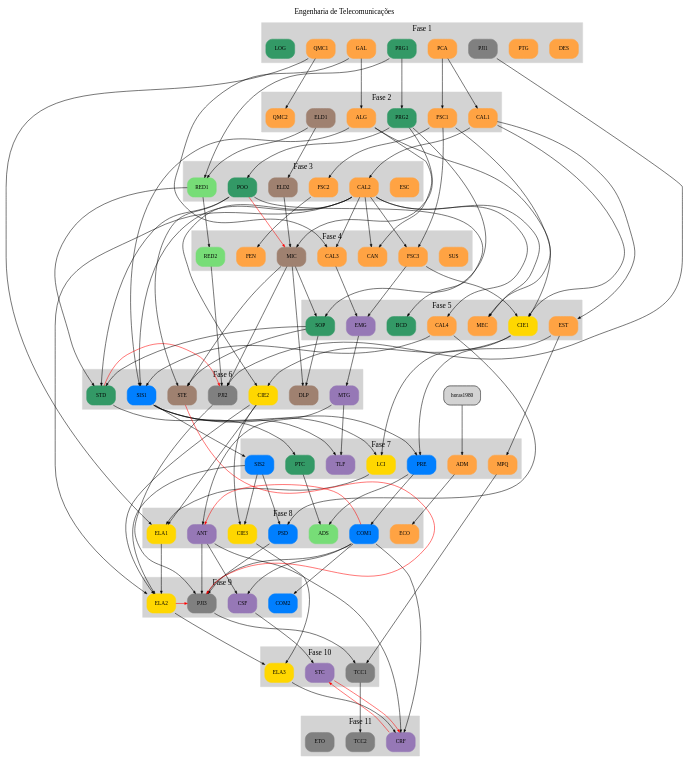
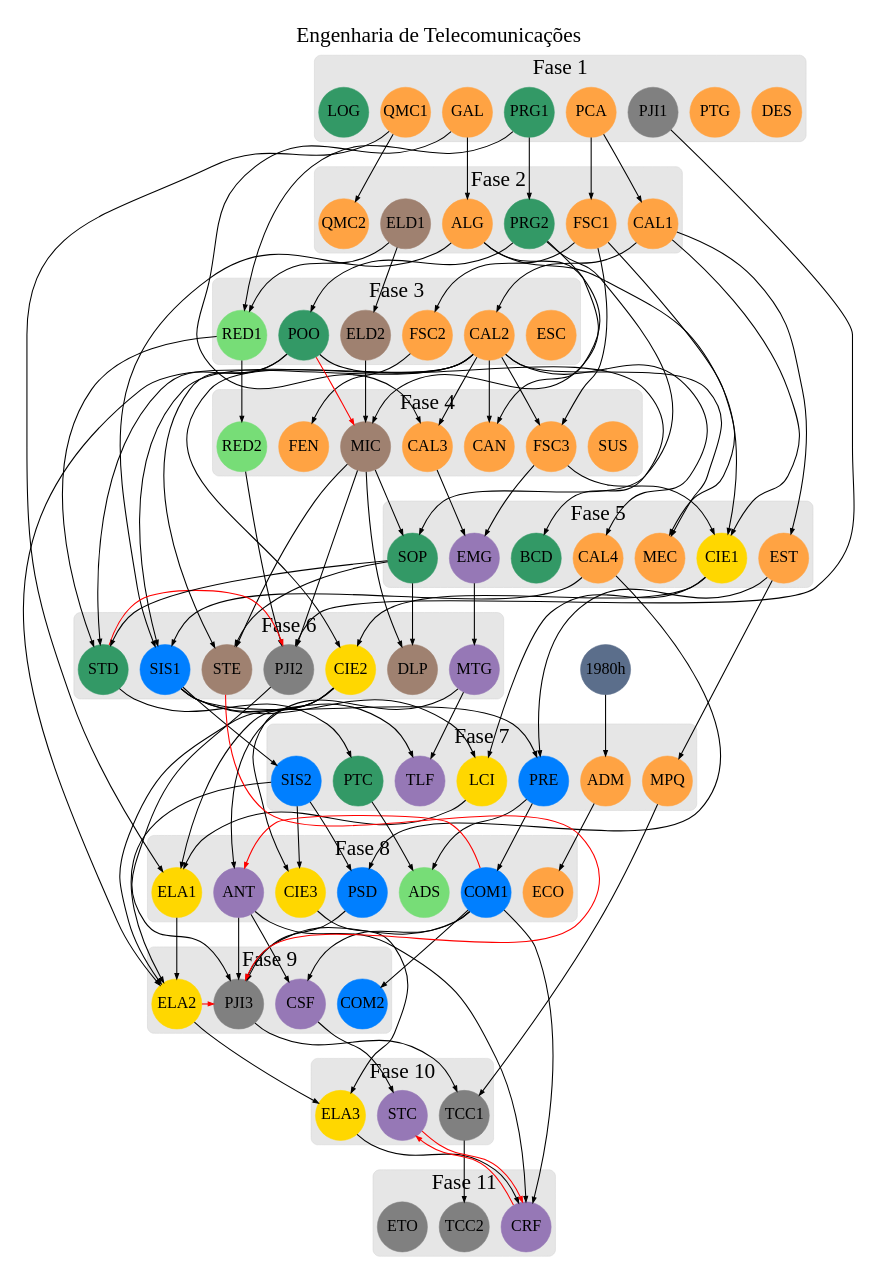
Before and after one commit to emersonmello/grade-dot-engtelecom: the diagram in engtelecom.dot, drawn with Graphviz.

Commit message:
ajustes de cores

```diff
--- a/engtelecom.dot
+++ b/engtelecom.dot
@@ -2,10 +2,16 @@
     layout = dot  // circo, dot, fdp, neato, osage, sfdp, twopi
     label ="Engenharia de Telecomunicações"
     labelloc = t
-    graph [nodesep=0.3, ranksep=1.3]#, splines=ortho]#, splines=lines] # ortho
-    node [labelloc=c fontsize=10, style=filled, shape=box, style="rounded,filled"]
-    edge [arrowsize=.5]
-
+    // graph [nodesep=0.3, ranksep=1.3]#, splines=ortho]#, splines=lines] # ortho
+    // node [labelloc=c fontsize=10, style=filled, shape=box, style="rounded,filled"]
+    // edge [arrowsize=.5]
+   
+    // bgcolor="#2e3e56"
+	  pad="0.5" /* add padding round the edge of the graph */
+    graph [nodesep=0.3, ranksep=1.6, fontname="helvetica Neue Ultra Light" ,fontsize=40, fontcolor="#000000"]
+    node [shape="circle", width="1.3", style="filled", labelloc=c, fontname="helvetica Neue Ultra Light bold" fontsize=30 fixedsize=true]
+    // edge [color="#fcfcfc", penwidth="2", fontname="helvetica Neue Ultra Light"]
+    edge [color="#000000", penwidth="2", fontname="helvetica Neue Ultra Light"]
 
     // Pré-requisitos
 
@@ -105,7 +111,9 @@
 
     subgraph cluster_fase1 {
       label = "Fase 1"
-      style = filled
+      // style = filled
+      style="rounded"
+      bgcolor= "#e6e6e6" #"#5b6e8b"
       color = lightgrey
 
       LOG PCA PJI1 GAL PTG DES PRG1 QMC1
@@ -113,7 +121,9 @@
 
     subgraph cluster_fase2 {
       label = "Fase 2"
-      style = filled
+      style="rounded"
+      bgcolor="#e6e6e6"
+      // style = filled
       color = lightgrey
 
       CAL1 FSC1 ALG ELD1 PRG2 QMC2
@@ -121,7 +131,9 @@
 
     subgraph clusterFase3 {
       label = "Fase 3"
-      style = filled
+      style="rounded"
+      bgcolor="#e6e6e6"
+      // style = filled
       color = lightgrey
 
       CAL2 FSC2 ELD2 POO RED1 ESC
@@ -129,7 +141,9 @@
 
     subgraph clusterFase4 {
       label = "Fase 4"
-      style=filled
+      style="rounded"
+      bgcolor="#e6e6e6"
+      // style=filled
       color=lightgrey
 
       RED2 MIC CAL3 FSC3 FEN CAN SUS 
@@ -138,7 +152,9 @@
 
     subgraph cluster_fase5 {
       label = "Fase 5"
-      style=filled
+      style="rounded"
+      bgcolor="#e6e6e6"
+      // style=filled
       color=lightgrey
 
       CAL4 EMG CIE1 BCD SOP EST MEC
@@ -147,7 +163,9 @@
 
     subgraph cluster_fase6 {
       label = "Fase 6"
-      style=filled
+      style="rounded"
+      bgcolor="#e6e6e6"
+      // style=filled
       color=lightgrey
 
       SIS1 CIE2 STD PJI2 MTG STE DLP
@@ -155,7 +173,9 @@
 
     subgraph cluster_fase7 {
       label = "Fase 7"
-      style=filled
+      style="rounded"
+      bgcolor="#e6e6e6"
+      // style=filled
       color=lightgrey
 
      LCI TLF PRE SIS2 PTC MPQ ADM
@@ -163,7 +183,9 @@
 
     subgraph cluster_fase8 {
       label = "Fase 8"
-      style=filled
+      style="rounded"
+      bgcolor="#e6e6e6"
+      // style=filled
       color=lightgrey
 
       ELA1 CIE3 ADS PSD COM1 ANT ECO
@@ -171,7 +193,9 @@
 
     subgraph cluster_fase9 {
       label = "Fase 9"
-      style=filled
+      style="rounded"
+      bgcolor="#e6e6e6"
+      // style=filled
       color=lightgrey
 
       COM2 ELA2 CSF PJI3 
@@ -179,7 +203,9 @@
 
     subgraph cluster_fase10 {
       label = "Fase 10"
-      style=filled
+      style="rounded"
+      bgcolor="#e6e6e6"
+      // style=filled
       color=lightgrey
 
       STC ELA3 TCC1
@@ -187,7 +213,9 @@
 
     subgraph cluster_fase11 {
       label = "Fase 11"
-      style=filled
+      style="rounded"
+      bgcolor="#e6e6e6"
+      // style=filled
       color=lightgrey
 
       TCC2 ETO CRF
@@ -200,7 +228,7 @@
 
     // propriedades dos nós
 
-    horas1980 [id="1980h"]
+    horas1980 [label="1980h", color="#5b6e8b", id="1980h"]
 
     ADM [ch=40, color="#FFA343", id=ADM] # TODO pré-requisito 1980h
     ALG [ch=60, color="#FFA343", id=ALG]
```
